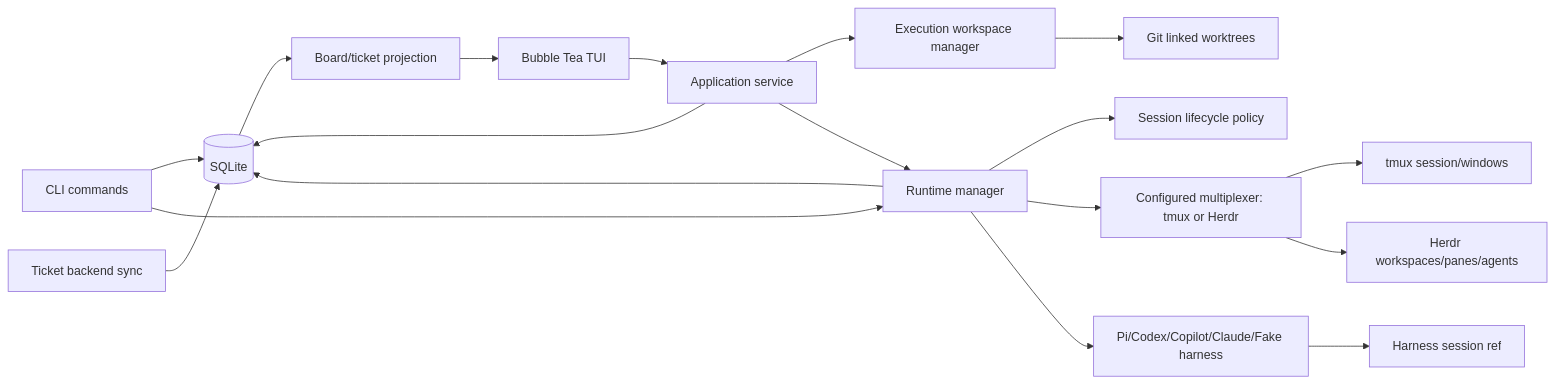
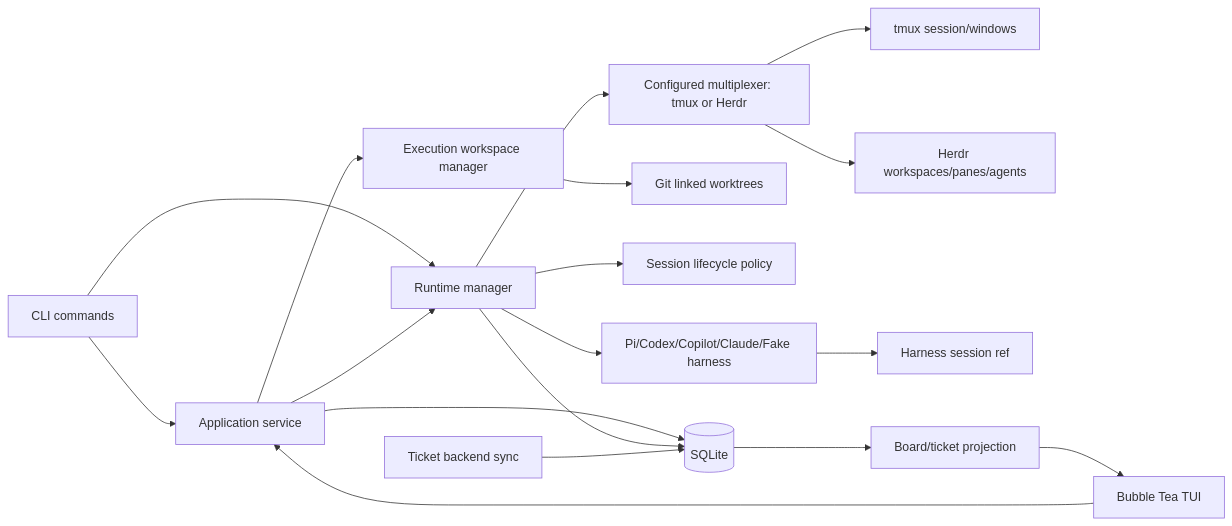
One commit to carlotran4/kanbi changed the first of 5 diagrams in docs/architecture.md. Above: the diagram before and after it, drawn with Mermaid. The commit also changed other lines of this file and 5 other files, not shown here.

Commit message:
Route CLI ticket mutations through app service

````diff
--- a/docs/architecture.md
+++ b/docs/architecture.md
@@ -7,20 +7,20 @@
 ```mermaid
 flowchart LR
-    CLI[CLI commands] --> Store
+    CLI[CLI commands] --> App[Application service]
     CLI --> Manager
-    TUI[Bubble Tea TUI] --> App[Application service]
+    TUI[Bubble Tea TUI] --> App
     App --> Store[(SQLite)]
     App --> Workspace[Execution workspace manager]
     Workspace --> Git[Git linked worktrees]
     App --> Manager[Runtime manager]
     Manager --> Policy[Session lifecycle policy]
     Manager --> Mux[Configured multiplexer: tmux or Herdr]
     Mux --> Tmux[tmux session/windows]
     Mux --> Herdr[Herdr workspaces/panes/agents]
     Manager --> Harness[Pi/Codex/Copilot/Claude/Fake harness]
     Harness --> Ref[Harness session ref]
     Manager --> Store
     Store --> Projection[Board/ticket projection]
     Projection --> TUI
     Sync[Ticket backend sync] --> Store
 ```
````
